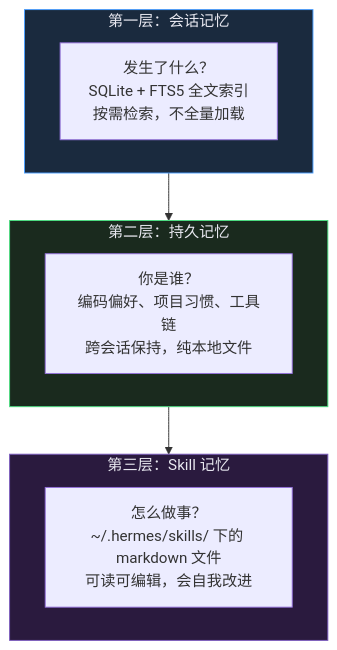
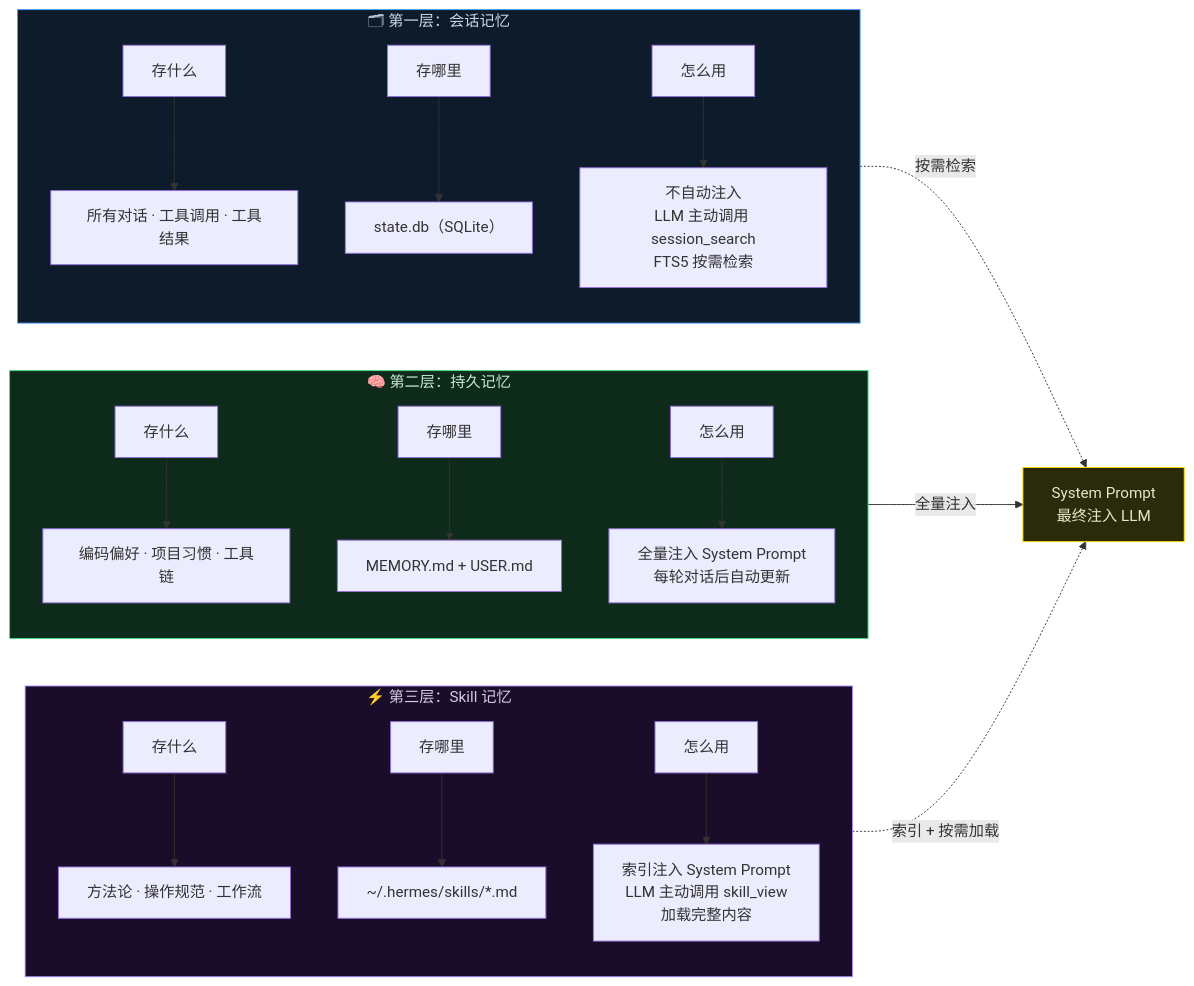
The second of 3 diagrams in hermes-agent-complete.md (windyagain/hermes-agent), drawn with Mermaid before and after one commit. The commit also changed other lines of this file, not shown here.

````diff
--- a/hermes-agent-complete.md
+++ b/hermes-agent-complete.md
@@ -298,17 +344,32 @@
 ```mermaid
-flowchart TD
-    subgraph L1["第一层：会话记忆"]
-        A["发生了什么？\nSQLite + FTS5 全文索引\n按需检索，不全量加载"]
+flowchart LR
+    subgraph L1["🗂 第一层：会话记忆"]
+        direction TB
+        A1["存什么"] --> A2["所有对话 · 工具调用 · 工具结果"]
+        A3["存哪里"] --> A4["state.db（SQLite）"]
+        A5["怎么用"] --> A6["不自动注入\nLLM 主动调用 session_search\nFTS5 按需检索"]
     end
-    subgraph L2["第二层：持久记忆"]
-        B["你是谁？\n编码偏好、项目习惯、工具链\n跨会话保持，纯本地文件"]
+
+    subgraph L2["🧠 第二层：持久记忆"]
+        direction TB
+        B1["存什么"] --> B2["编码偏好 · 项目习惯 · 工具链"]
+        B3["存哪里"] --> B4["MEMORY.md + USER.md"]
+        B5["怎么用"] --> B6["全量注入 System Prompt\n每轮对话后自动更新"]
     end
-    subgraph L3["第三层：Skill 记忆"]
-        C["怎么做事？\n~/.hermes/skills/ 下的 markdown 文件\n可读可编辑，会自我改进"]
+
+    subgraph L3["⚡ 第三层：Skill 记忆"]
+        direction TB
+        C1["存什么"] --> C2["方法论 · 操作规范 · 工作流"]
+        C3["存哪里"] --> C4["~/.hermes/skills/*.md"]
+        C5["怎么用"] --> C6["索引注入 System Prompt\nLLM 主动调用 skill_view\n加载完整内容"]
     end
-    L1 --> L2 --> L3
 
-    style L1 fill:#1a2a3e,stroke:#4a9eff,color:#e8e8f0
-    style L2 fill:#1a2a1e,stroke:#4ade80,color:#e8e8f0
-    style L3 fill:#2a1a3e,stroke:#7c5cbf,color:#e8e8f0
+    L1 -.->|"按需检索"| SP["System Prompt\n最终注入 LLM"]
+    L2 -->|"全量注入"| SP
+    L3 -.->|"索引 + 按需加载"| SP
+
+    style L1 fill:#0d1b2a,stroke:#4a9eff,color:#c8d8e8
+    style L2 fill:#0d2a1a,stroke:#4ade80,color:#c8e8d0
+    style L3 fill:#1a0d2a,stroke:#a78bfa,color:#d8c8e8
+    style SP fill:#2a2a0d,stroke:#FFD700,color:#e8e8c0
 ```
````
